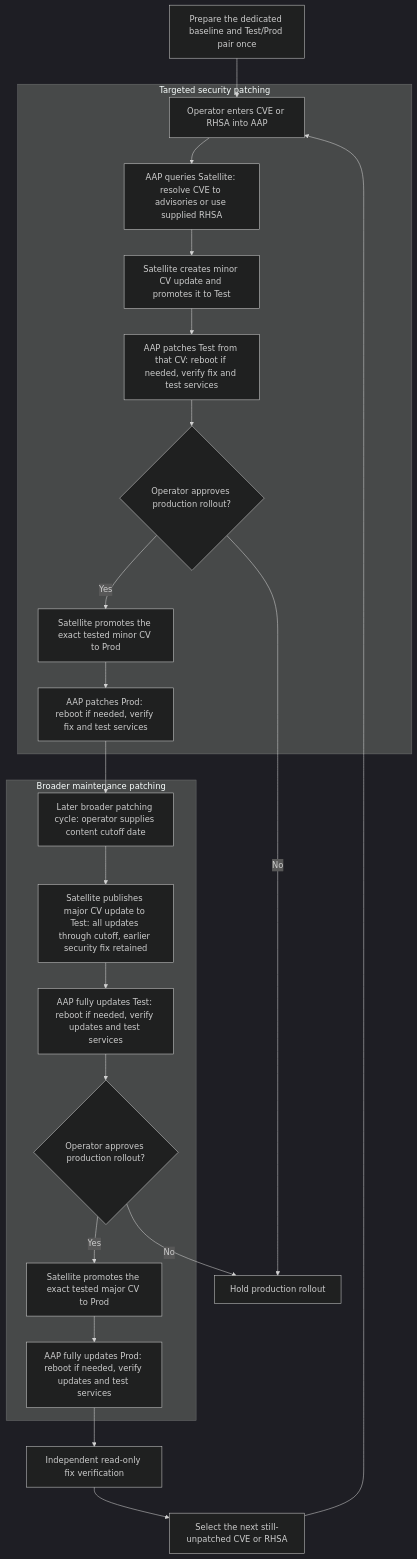
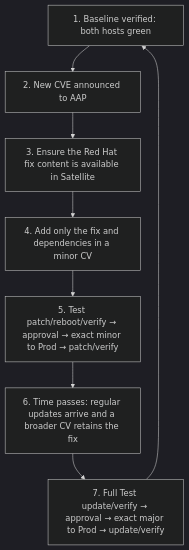
Before and after one commit to kvegh/RHEL-sniperpatching: the diagram in docs/process.md, drawn with Mermaid (dark theme). The commit also changed other lines of this file and 13 other files, not shown here.

Commit message:
Explain patching through seven scenes per cycle

````diff
--- a/docs/process.md
+++ b/docs/process.md
@@ -18,30 +18,10 @@
 ```mermaid
 flowchart TD
-    BASELINE["Prepare the dedicated baseline and Test/Prod pair once"]
-    BASELINE --> INPUT["Operator enters CVE or RHSA into AAP"]
-
-    subgraph TARGETED["Targeted security patching"]
-        INPUT --> RESOLVE["AAP queries Satellite: resolve CVE to advisories or use supplied RHSA"]
-        RESOLVE --> MINOR["Satellite creates minor CV update and promotes it to Test"]
-        MINOR --> TEST["AAP patches Test from that CV: reboot if needed, verify fix and test services"]
-        TEST --> APPROVE{"Operator approves production rollout?"}
-        APPROVE -->|Yes| PROMOTE["Satellite promotes the exact tested minor CV to Prod"]
-        PROMOTE --> PROD["AAP patches Prod: reboot if needed, verify fix and test services"]
-    end
-
-    PROD --> TIME["Later broader patching cycle: operator supplies content cutoff date"]
-
-    subgraph FULL["Broader maintenance patching"]
-        TIME --> MAJOR["Satellite publishes major CV update to Test: all updates through cutoff, earlier security fix retained"]
-        MAJOR --> FULLTEST["AAP fully updates Test: reboot if needed, verify updates and test services"]
-        FULLTEST --> APPROVEFULL{"Operator approves production rollout?"}
-        APPROVEFULL -->|Yes| PROMOTEFULL["Satellite promotes the exact tested major CV to Prod"]
-        PROMOTEFULL --> FULLPROD["AAP fully updates Prod: reboot if needed, verify updates and test services"]
-    end
-
-    APPROVE -->|No| HOLD["Hold production rollout"]
-    APPROVEFULL -->|No| HOLD
-    FULLPROD --> CHECK["Independent read-only fix verification"]
-    CHECK --> NEXT["Select the next still-unpatched CVE or RHSA"]
-    NEXT --> INPUT
+    A["1. Baseline verified: both hosts green"] --> B["2. New CVE announced to AAP"]
+    B --> C["3. Ensure the Red Hat fix content is available in Satellite"]
+    C --> D["4. Add only the fix and dependencies in a minor CV"]
+    D --> E["5. Test patch/reboot/verify → approval → exact minor to Prod → patch/verify"]
+    E --> F["6. Time passes: regular updates arrive and a broader CV retains the fix"]
+    F --> G["7. Full Test update/verify → approval → exact major to Prod → update/verify"]
+    G --> A
 ```
````
